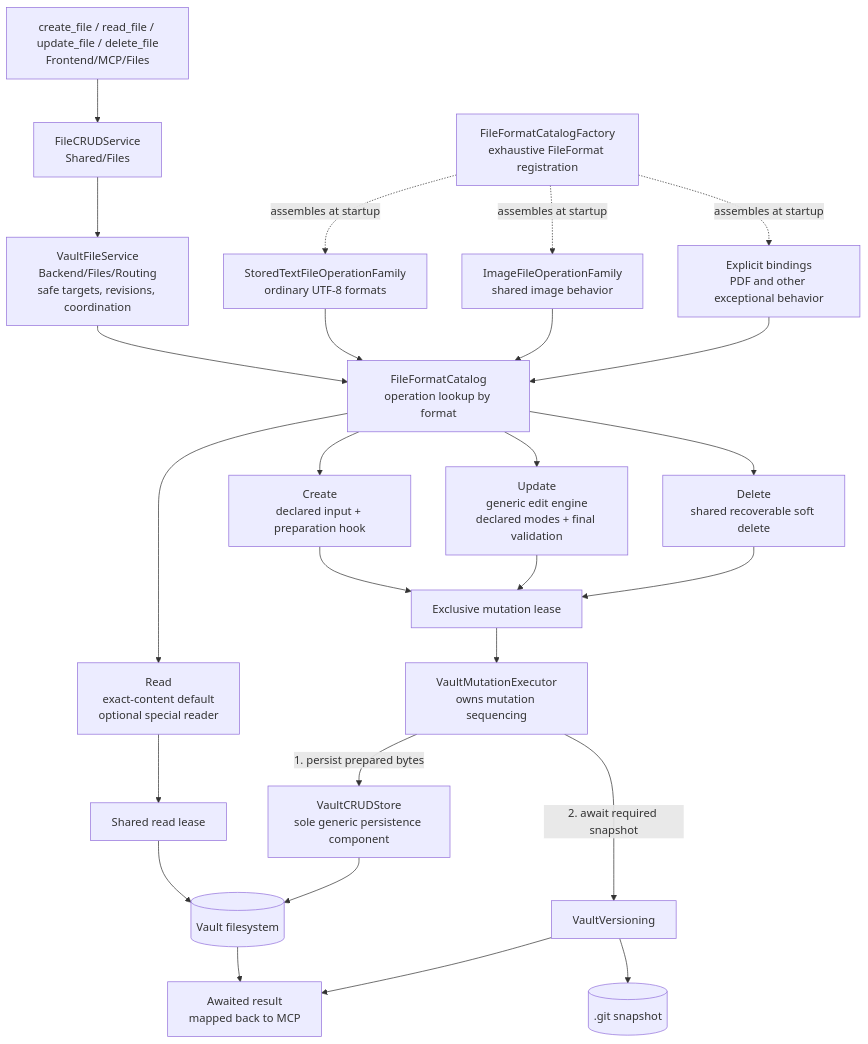
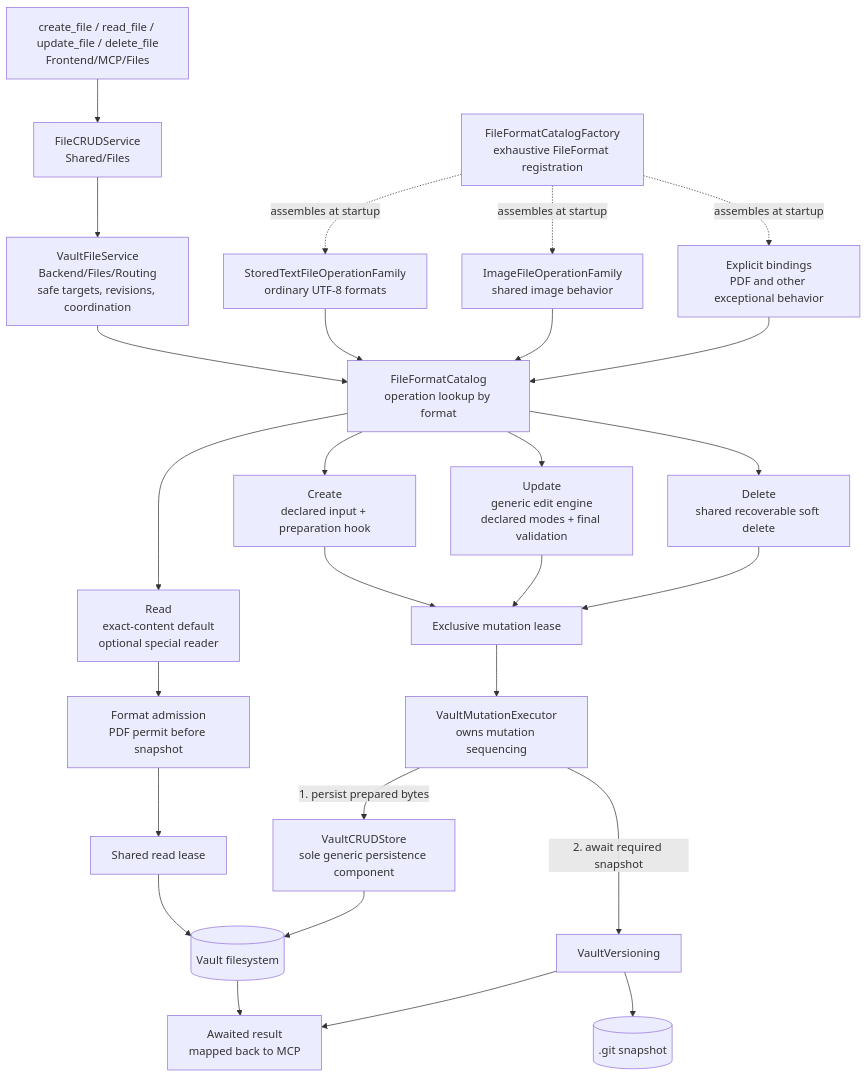
The second of 2 diagrams in README.md (bitbemol/second-brain-mcp), drawn with Mermaid before and after one commit. The commit also changed other lines of this file and 4 other files, not shown here.

````diff
--- a/README.md
+++ b/README.md
@@ -402,48 +410,49 @@
 ```mermaid
 flowchart TD
     Tools["create_file / read_file / update_file / delete_file<br/>Frontend/MCP/Files"]
     Port["FileCRUDService<br/>Shared/Files"]
     Service["VaultFileService<br/>Backend/Files/Routing<br/>safe targets, revisions, coordination"]
 
     Factory["FileFormatCatalogFactory<br/>exhaustive FileFormat registration"]
     TextFamily["StoredTextFileOperationFamily<br/>ordinary UTF-8 formats"]
     ImageFamily["ImageFileOperationFamily<br/>shared image behavior"]
     Explicit["Explicit bindings<br/>PDF and other exceptional behavior"]
     Catalog["FileFormatCatalog<br/>operation lookup by format"]
 
     Create["Create<br/>declared input + preparation hook"]
     Read["Read<br/>exact-content default<br/>optional special reader"]
     Update["Update<br/>generic edit engine<br/>declared modes + final validation"]
     Delete["Delete<br/>shared recoverable soft delete"]
 
+    ReadAdmission["Format admission<br/>PDF permit before snapshot"]
     ReadLease["Shared read lease"]
     MutationLease["Exclusive mutation lease"]
     Store["VaultCRUDStore<br/>sole generic persistence component"]
     Executor["VaultMutationExecutor<br/>owns mutation sequencing"]
     Versioning["VaultVersioning"]
     Vault[("Vault filesystem")]
     Git[(".git snapshot")]
     Result["Awaited result<br/>mapped back to MCP"]
 
     Tools --> Port --> Service --> Catalog
     Factory -. "assembles at startup" .-> TextFamily
     Factory -. "assembles at startup" .-> ImageFamily
     Factory -. "assembles at startup" .-> Explicit
     TextFamily --> Catalog
     ImageFamily --> Catalog
     Explicit --> Catalog
 
     Catalog --> Create
     Catalog --> Read
     Catalog --> Update
     Catalog --> Delete
 
-    Read --> ReadLease --> Vault --> Result
+    Read --> ReadAdmission --> ReadLease --> Vault --> Result
     Create --> MutationLease
     Update --> MutationLease
     Delete --> MutationLease
     MutationLease --> Executor
     Executor -->|"1. persist prepared bytes"| Store --> Vault
     Executor -->|"2. await required snapshot"| Versioning --> Git
     Versioning --> Result
 ```
````
